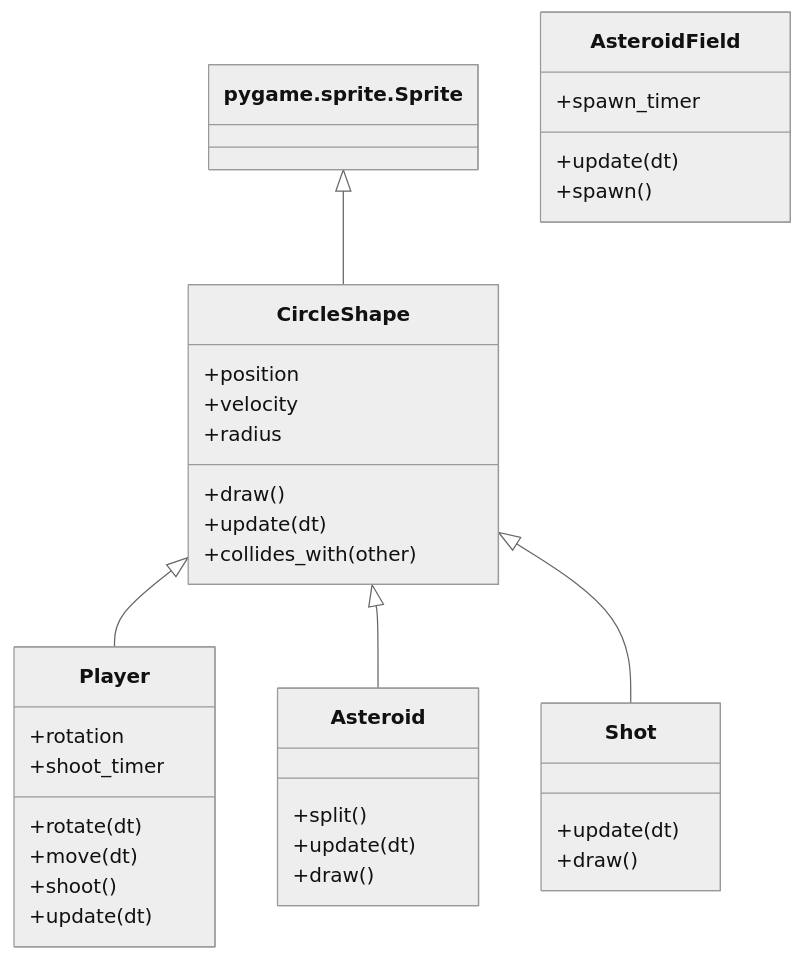
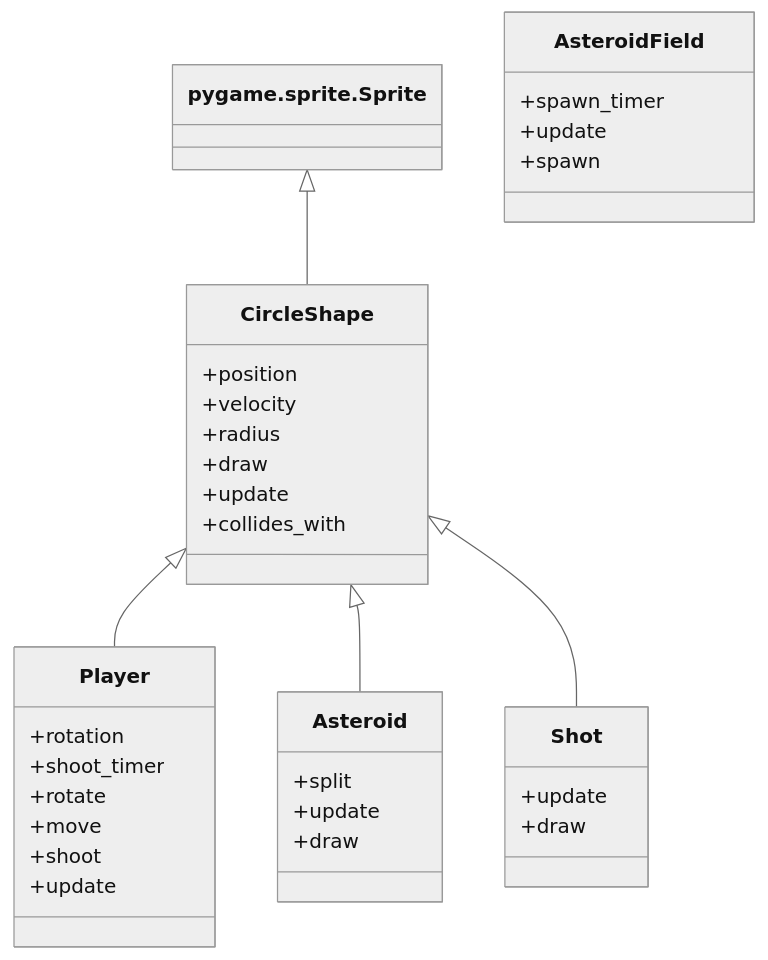
One commit to alistergeo-cloud/Asteriod changed the diagram in README.md. Above: the diagram before and after it, drawn with Mermaid (neutral theme). The commit also changed other lines of this file and 9 other files, not shown here.

````diff
--- a/README.md
+++ b/README.md
@@ -88,44 +88,44 @@
 ```mermaid
 classDiagram
     class pygame.sprite.Sprite
 
     class CircleShape {
         +position
         +velocity
         +radius
-        +draw()
-        +update(dt)
-        +collides_with(other)
+        +draw
+        +update
+        +collides_with
     }
 
     class Player {
         +rotation
         +shoot_timer
-        +rotate(dt)
-        +move(dt)
-        +shoot()
-        +update(dt)
+        +rotate
+        +move
+        +shoot
+        +update
     }
 
     class Asteroid {
-        +split()
-        +update(dt)
-        +draw()
+        +split
+        +update
+        +draw
     }
 
     class Shot {
-        +update(dt)
-        +draw()
+        +update
+        +draw
     }
 
     class AsteroidField {
         +spawn_timer
-        +update(dt)
-        +spawn()
+        +update
+        +spawn
     }
 
     pygame.sprite.Sprite <|-- CircleShape
     CircleShape <|-- Player
     CircleShape <|-- Asteroid
     CircleShape <|-- Shot
 ```
````
